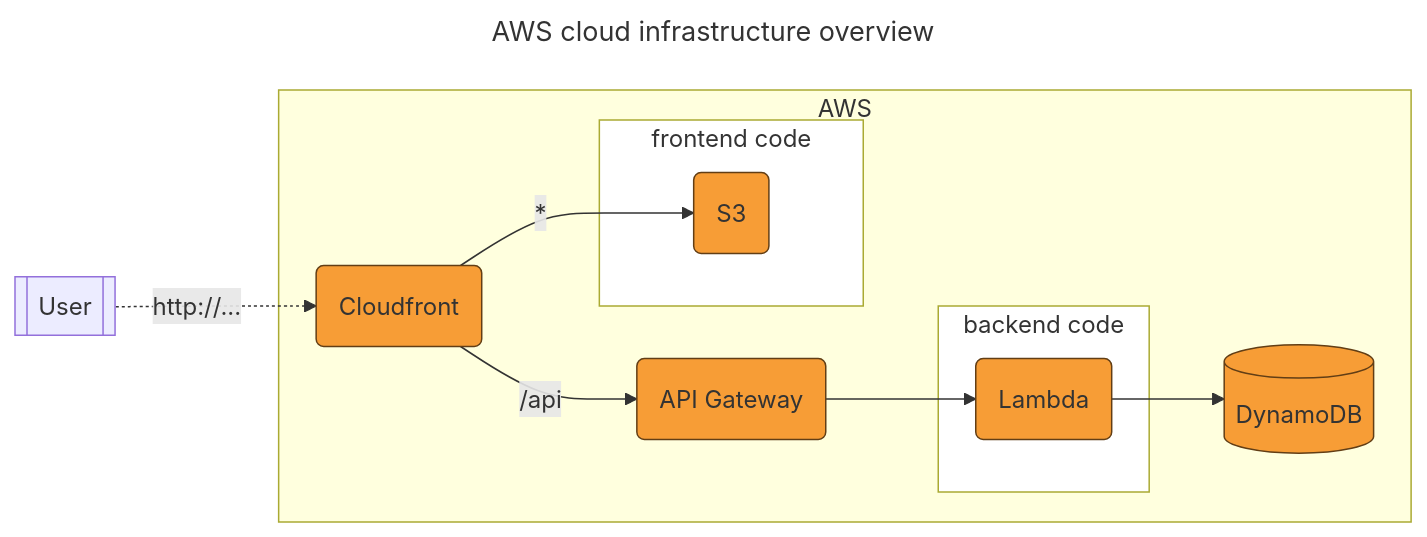
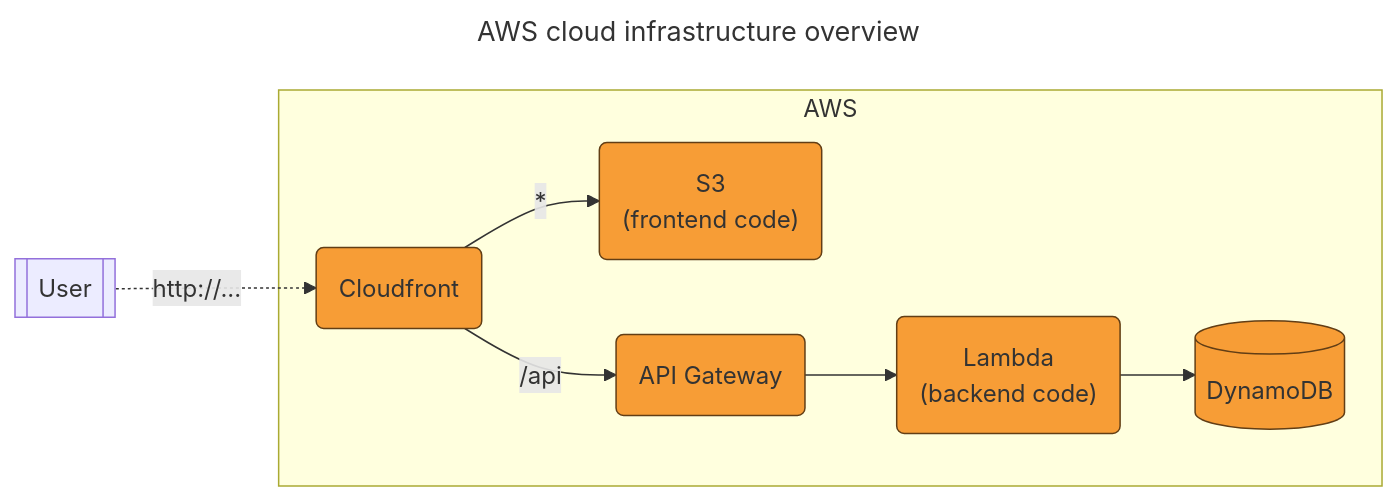
One commit to obecker/causalist changed the diagram in infrastructure/README.md. Above: the diagram before and after it, drawn with Mermaid.

Commit message:
:memo: Review infrastructure diagram

````diff
--- a/infrastructure/README.md
+++ b/infrastructure/README.md
@@ -3,29 +3,22 @@
 ```mermaid
 ---
 title: AWS cloud infrastructure overview
 ---
 flowchart LR
     user[[User]]
     subgraph AWS 
     cloudfront(Cloudfront):::aws
-    subgraph frontend [frontend code]
-    s3(S3):::aws
-    end
+    s3("S3<br>(frontend code)"):::aws
     api(API Gateway):::aws
-    subgraph backend [backend code]
-    lambda(Lambda):::aws
-    end
+    lambda("Lambda<br>(backend code)"):::aws
     dynamo[(DynamoDB)]:::aws
     end
     
     user -. "http://..." .-> cloudfront
     cloudfront -- * --> s3
     cloudfront -- /api --> api
     api --> lambda
     lambda --> dynamo
     
-    class frontend,backend code;
-    
-    classDef code fill:white
     classDef aws fill:#f79d36,stroke:#623e15
 ```
````
